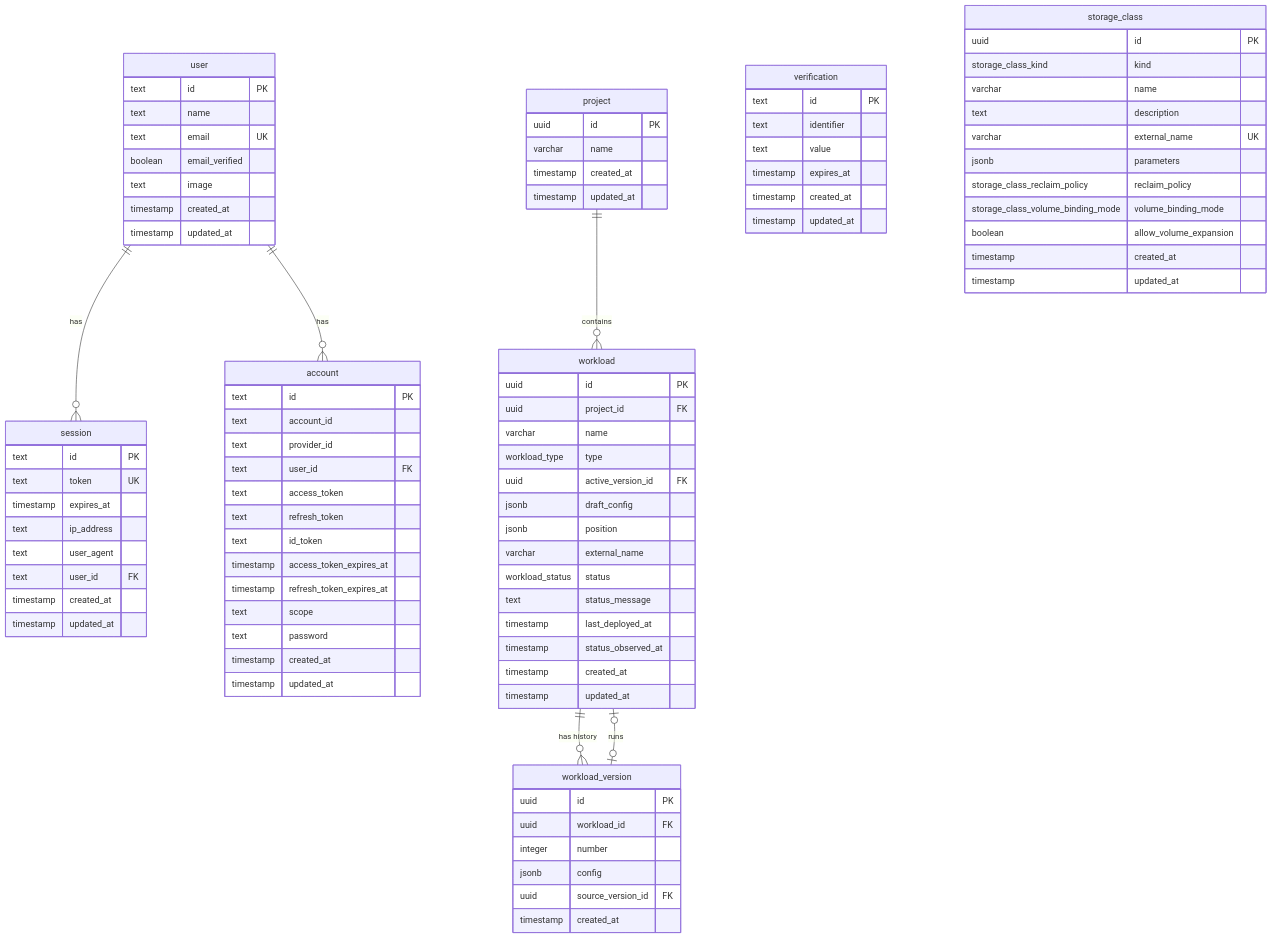
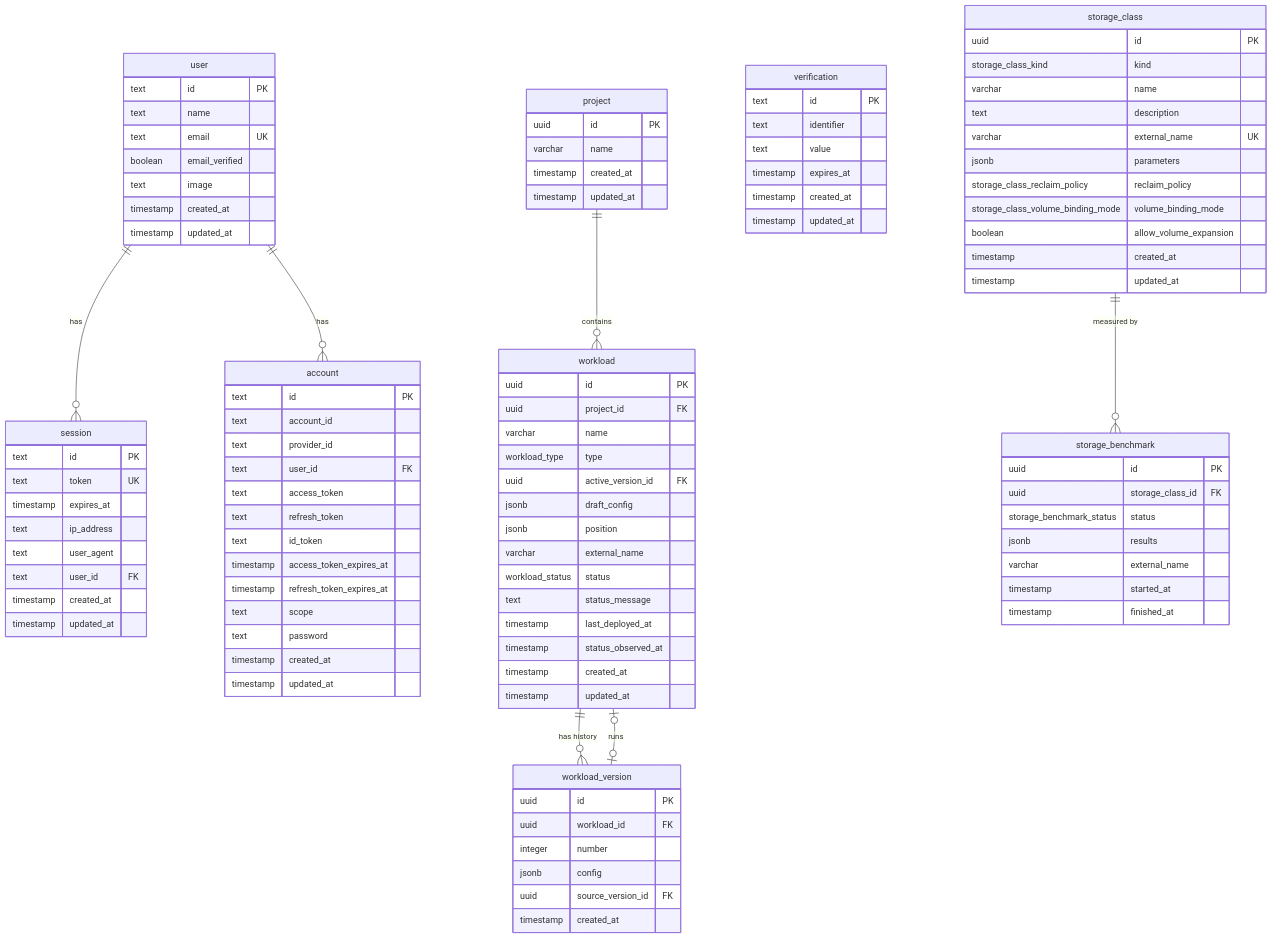
One commit to acceleratio-cloud/core changed the diagram in docs/DATABASE.md. Above: the diagram before and after it, drawn with Mermaid. The commit also changed other lines of this file and 30 other files, not shown here.

````diff
--- a/docs/DATABASE.md
+++ b/docs/DATABASE.md
@@ -116,4 +116,14 @@
         timestamp created_at
         timestamp updated_at
     }
+    storage_class ||--o{ storage_benchmark : "measured by"
+    storage_benchmark {
+        uuid id PK
+        uuid storage_class_id FK
+        storage_benchmark_status status
+        jsonb results
+        varchar external_name
+        timestamp started_at
+        timestamp finished_at
+    }
 ```
````
